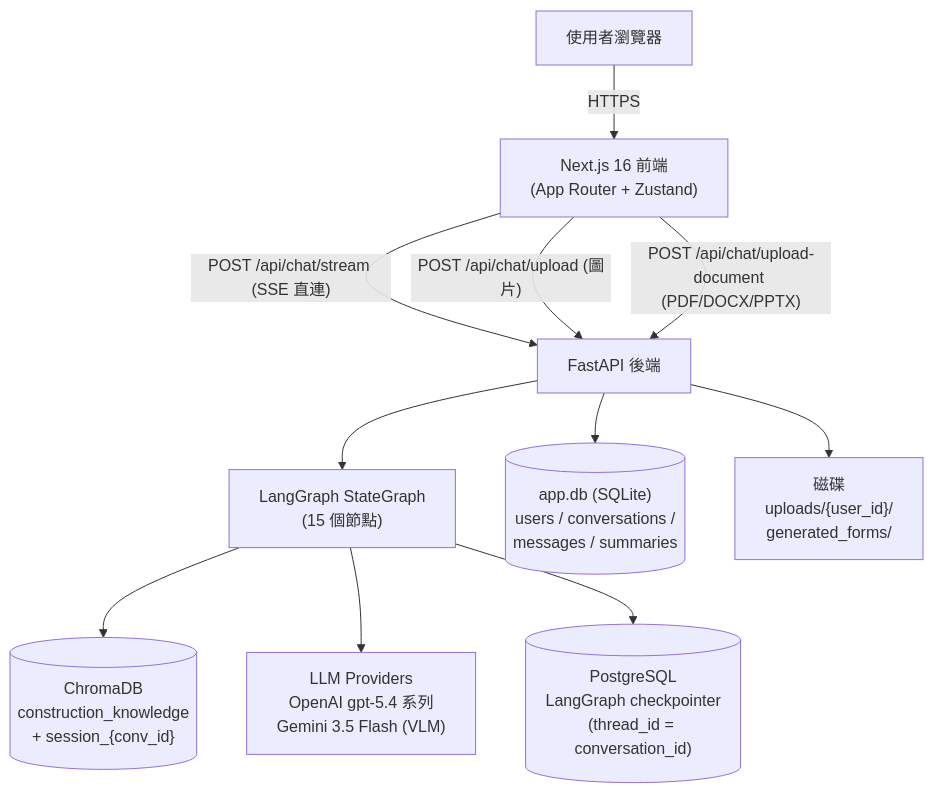
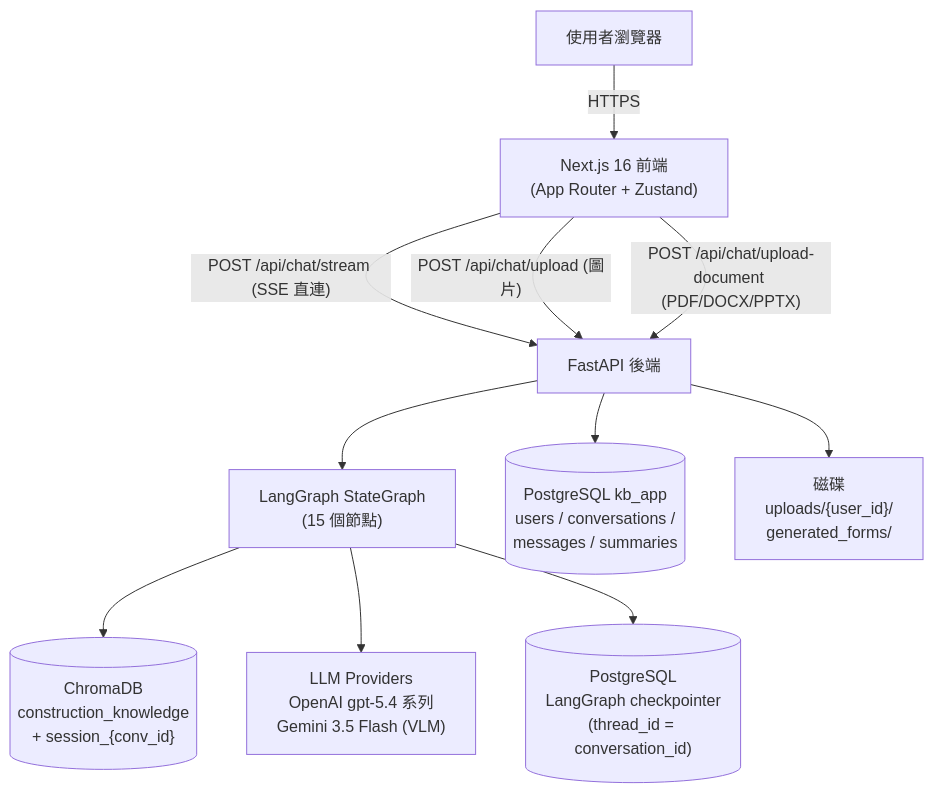
The first of 7 diagrams in SYSTEM.md (Tsai1030/LangGraph_RAG_SYSTEM), drawn with Mermaid before and after one commit. The commit also changed other lines of this file and 1 other file, not shown here.

First line of the commit message:
docs: fix README/SYSTEM to reflect PostgreSQL (not SQLite) as the live datastore

````diff
--- a/SYSTEM.md
+++ b/SYSTEM.md
@@ -29,16 +29,16 @@
 ```mermaid
 flowchart TD
     U[使用者瀏覽器] -->|HTTPS| FE["Next.js 16 前端<br/>(App Router + Zustand)"]
     FE -->|"POST /api/chat/stream (SSE 直連)"| BE[FastAPI 後端]
     FE -->|"POST /api/chat/upload (圖片)"| BE
     FE -->|"POST /api/chat/upload-document (PDF/DOCX/PPTX)"| BE
 
     BE --> GRAPH["LangGraph StateGraph<br/>(15 個節點)"]
 
     GRAPH --> CHROMA[("ChromaDB<br/>construction_knowledge<br/>+ session_{conv_id}")]
     GRAPH --> LLM["LLM Providers<br/>OpenAI gpt-5.4 系列<br/>Gemini 3.5 Flash (VLM)"]
     GRAPH --> CKPT[("PostgreSQL<br/>LangGraph checkpointer<br/>(thread_id = conversation_id)")]
 
-    BE --> APPDB[("app.db (SQLite)<br/>users / conversations /<br/>messages / summaries")]
+    BE --> APPDB[("PostgreSQL kb_app<br/>users / conversations /<br/>messages / summaries")]
     BE --> DISK["磁碟<br/>uploads/{user_id}/<br/>generated_forms/"]
 ```
````
